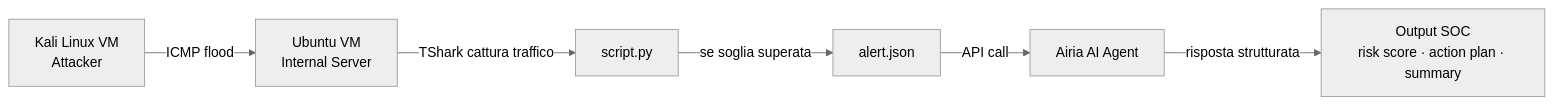
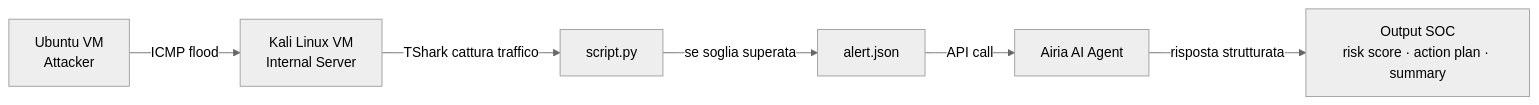
Before and after one commit to SemirKhrc/AI-Driven-SOC-Analyst-Home-Lab: the diagram in README.md, drawn with Mermaid (neutral theme). The commit also changed other lines of this file, not shown here.

````diff
--- a/README.md
+++ b/README.md
@@ -19,8 +17,8 @@
 ```mermaid
 flowchart LR
-    A[Kali Linux VM\nAttacker] -- ICMP flood --> B[Ubuntu VM\nInternal Server]
+    A[Ubuntu VM\nAttacker] -- ICMP flood --> B[Kali Linux VM\nInternal Server]
     B -- TShark cattura traffico --> C[script.py]
     C -- se soglia superata --> D[alert.json]
     D -- API call --> E[Airia AI Agent]
     E -- risposta strutturata --> F[Output SOC\nrisk score · action plan · summary]
 ```
````
